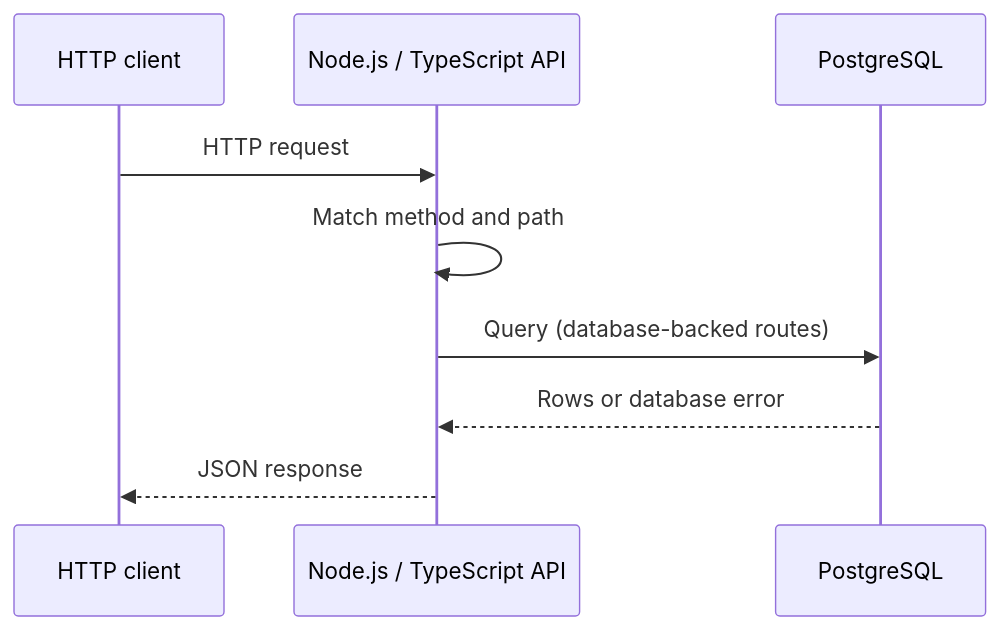
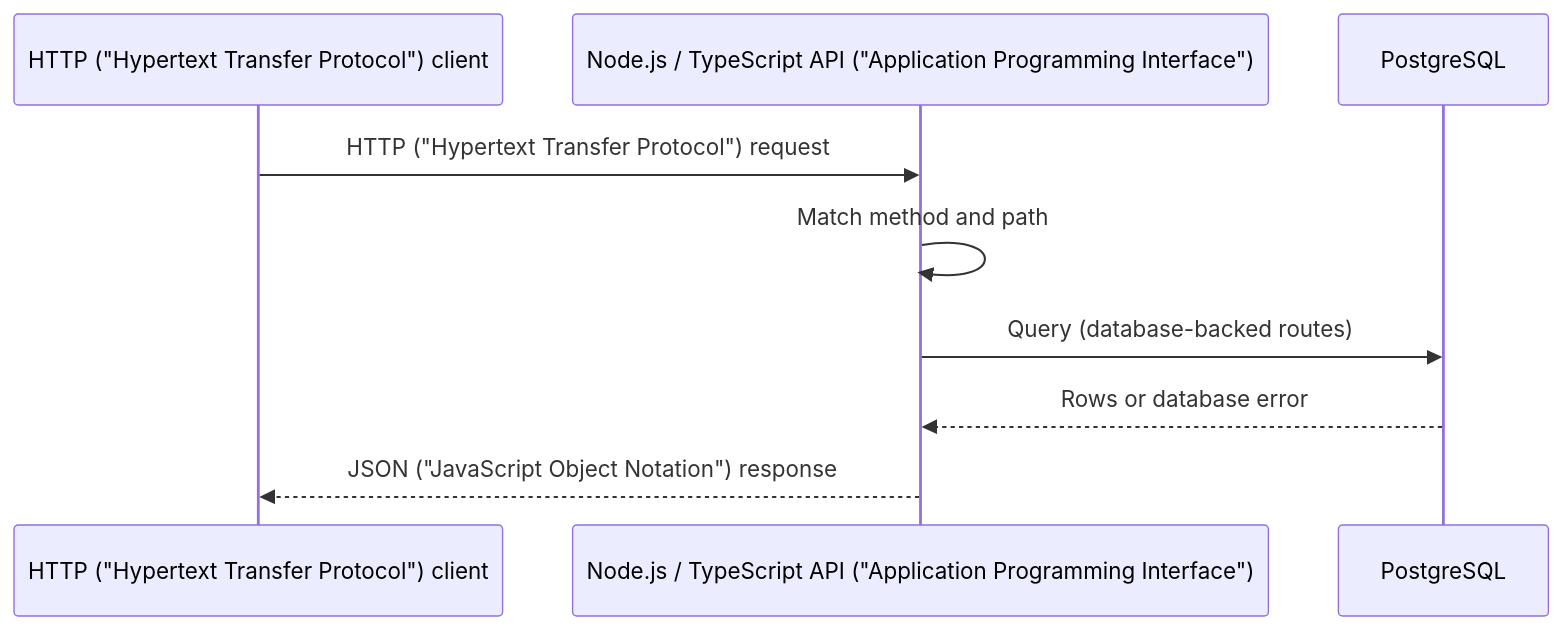
The first of 2 diagrams in README.md (sidoruk-sv/flightstack), drawn with Mermaid before and after one commit. The commit also changed other lines of this file and 5 other files, not shown here.

````diff
--- a/README.md
+++ b/README.md
@@ -63,12 +63,12 @@
 ```mermaid
 sequenceDiagram
-    participant Client as HTTP client
-    participant API as Node.js / TypeScript API
+    participant Client as HTTP ("Hypertext Transfer Protocol") client
+    participant API as Node.js / TypeScript API ("Application Programming Interface")
     participant DB as PostgreSQL
 
-    Client->>API: HTTP request
+    Client->>API: HTTP ("Hypertext Transfer Protocol") request
     API->>API: Match method and path
     API->>DB: Query (database-backed routes)
     DB-->>API: Rows or database error
-    API-->>Client: JSON response
+    API-->>Client: JSON ("JavaScript Object Notation") response
 ```
````
